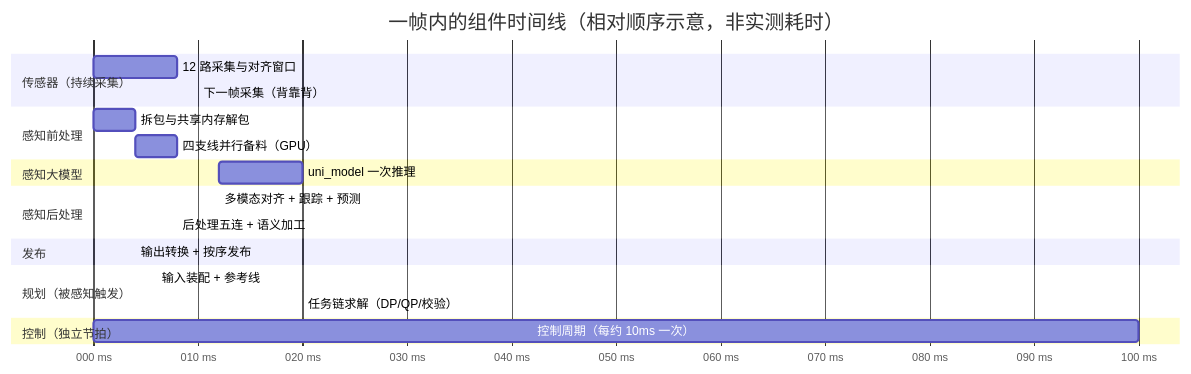
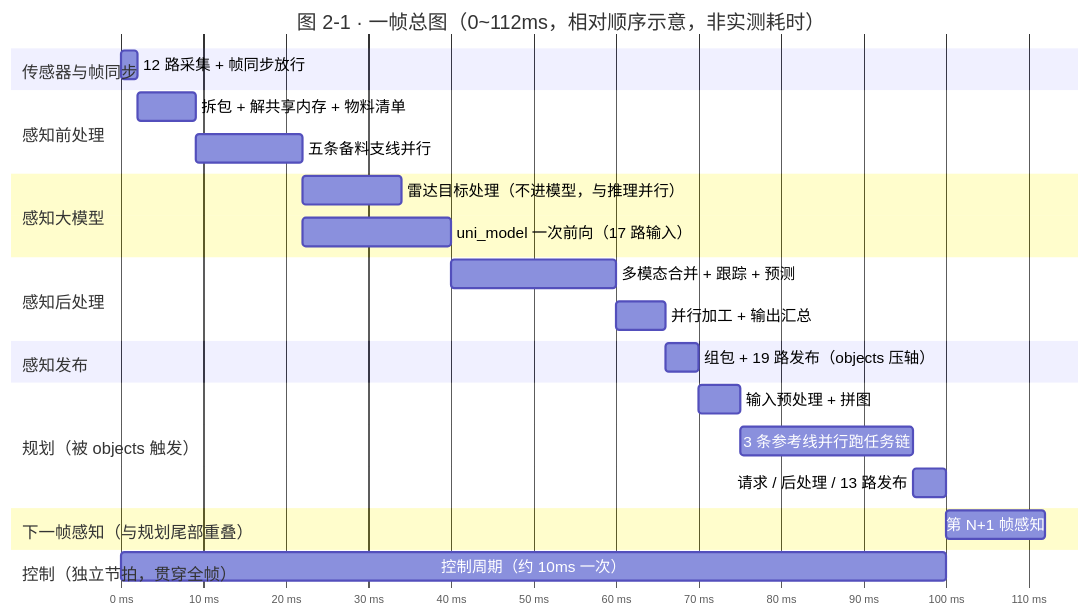
One commit to Franch-Toast/Scriptorium changed the first of 7 diagrams in docs/document/撰修司/E2E架构拆解/02 一帧全景：甘特图上的并行.md. Above: the diagram before and after it, drawn with Mermaid. The commit also changed other lines of this file and 6 other files, not shown here.

````diff
--- a/docs/document/撰修司/E2E架构拆解/02 一帧全景：甘特图上的并行.md
+++ b/docs/document/撰修司/E2E架构拆解/02 一帧全景：甘特图上的并行.md
@@ -49,24 +51,28 @@
 ```mermaid
+%%{init: {"gantt": {"barHeight": 26, "barGap": 12, "fontSize": 14, "sectionFontSize": 15, "leftPadding": 100, "rightPadding": 60, "topPadding": 45, "useMaxWidth": false, "useWidth": 1000, "tickInterval": "10millisecond"}}}%%
 gantt
-    title 一帧内的组件时间线（相对顺序示意，非实测耗时）
+    title 图 2-1 · 一帧总图（0~112ms，相对顺序示意，非实测耗时）
     dateFormat x
-    axisFormat %L ms
-    section 传感器（持续采集）
-    12 路采集与对齐窗口      :s0, 0, 8
-    下一帧采集（背靠背）      :s0b, 90, 10
+    axisFormat %-L ms
+    section 传感器与帧同步
+    12 路采集 + 帧同步放行              :total0, 0, 2ms
     section 感知前处理
-    拆包与共享内存解包        :s1, 0, 4
-    四支线并行备料（GPU）     :s2, 4, 8
+    拆包 + 解共享内存 + 物料清单         :total1, 2, 7ms
+    五条备料支线并行                     :total2, 9, 13ms
     section 感知大模型
-    uni_model 一次推理        :s3, 12, 20
+    雷达目标处理（不进模型，与推理并行）  :total3, 22, 12ms
+    uni_model 一次前向（17 路输入）      :total4, 22, 18ms
     section 感知后处理
-    多模态对齐 + 跟踪 + 预测  :s4, 32, 12
-    后处理五连 + 语义加工     :s5, 44, 8
-    section 发布
-    输出转换 + 按序发布       :s6, 52, 4
-    section 规划（被感知触发）
-    输入装配 + 参考线         :s7, 56, 6
-    任务链求解（DP/QP/校验）  :s8, 62, 20
-    section 控制（独立节拍）
-    控制周期（每约 10ms 一次） :s9, 0, 100
+    多模态合并 + 跟踪 + 预测             :total5, 40, 20ms
+    并行加工 + 输出汇总                  :total6, 60, 6ms
+    section 感知发布
+    组包 + 19 路发布（objects 压轴）     :total7, 66, 4ms
+    section 规划（被 objects 触发）
+    输入预处理 + 拼图                    :total8, 70, 5ms
+    3 条参考线并行跑任务链               :total9, 75, 21ms
+    请求 / 后处理 / 13 路发布            :total10, 96, 4ms
+    section 下一帧感知（与规划尾部重叠）
+    第 N+1 帧感知                       :total11, 100, 12ms
+    section 控制（独立节拍，贯穿全帧）
+    控制周期（约 10ms 一次）             :total12, 0, 100ms
 ```
````
